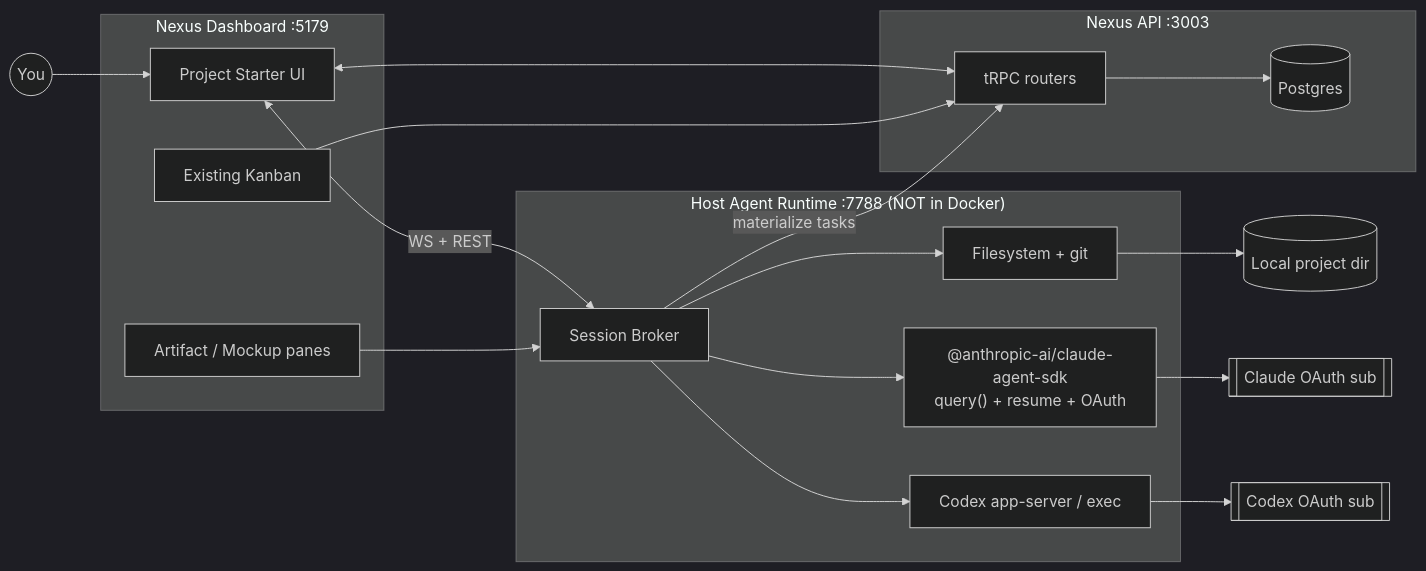
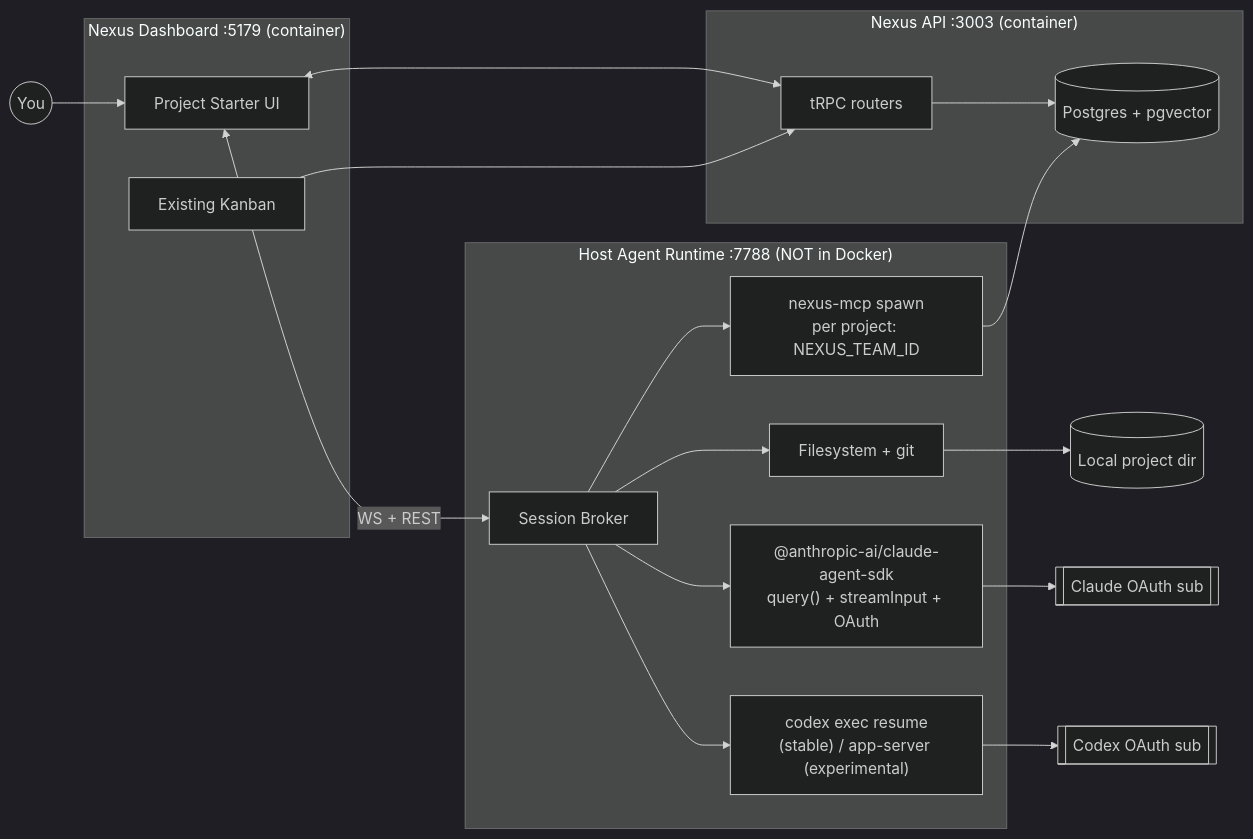
The first of 7 diagrams in docs/design/PROJECT-STARTER-FEATURE.md (Jpk0512/nexus-task-tracker), drawn with Mermaid (dark theme) before and after one commit. The commit also changed other lines of this file and 12 other files, not shown here.

````diff
--- a/docs/design/PROJECT-STARTER-FEATURE.md
+++ b/docs/design/PROJECT-STARTER-FEATURE.md
@@ -75,40 +90,31 @@
 ```mermaid
 flowchart LR
   User((You))
-
-  subgraph Dashboard["Nexus Dashboard :5179"]
+  subgraph Dashboard["Nexus Dashboard :5179 (container)"]
     UI[Project Starter UI]
     Kanban[Existing Kanban]
-    DocsView[Artifact / Mockup panes]
   end
-
-  subgraph API["Nexus API :3003"]
+  subgraph API["Nexus API :3003 (container)"]
     tRPC[tRPC routers]
-    PG[(Postgres)]
+    PG[(Postgres + pgvector)]
   end
-
   subgraph Host["Host Agent Runtime :7788 (NOT in Docker)"]
     Bridge[Session Broker]
-    CAS["@anthropic-ai/claude-agent-sdk\nquery() + resume + OAuth"]
-    CX[Codex app-server / exec]
+    CAS["@anthropic-ai/claude-agent-sdk\nquery() + streamInput + OAuth"]
+    CX["codex exec resume\n(stable) / app-server (experimental)"]
+    NMCP[nexus-mcp spawn\nper project: NEXUS_TEAM_ID]
     FS[Filesystem + git]
   end
-
   Disk[(Local project dir)]
   ClaudeOAuth[[Claude OAuth sub]]
   CodexOAuth[[Codex OAuth sub]]
-
   User --> UI
   UI <-->|WS + REST| Bridge
   UI <--> tRPC
   tRPC --> PG
-  Bridge --> CAS
-  Bridge --> CX
-  Bridge --> FS
-  CAS --> ClaudeOAuth
-  CX --> CodexOAuth
-  FS --> Disk
-  Bridge -->|materialize tasks| tRPC
+  Bridge --> CAS --> ClaudeOAuth
+  Bridge --> CX --> CodexOAuth
+  Bridge --> NMCP --> PG
+  Bridge --> FS --> Disk
   Kanban --> tRPC
-  DocsView --> Bridge
 ```
````
